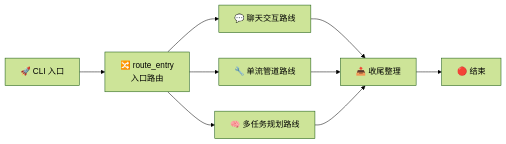
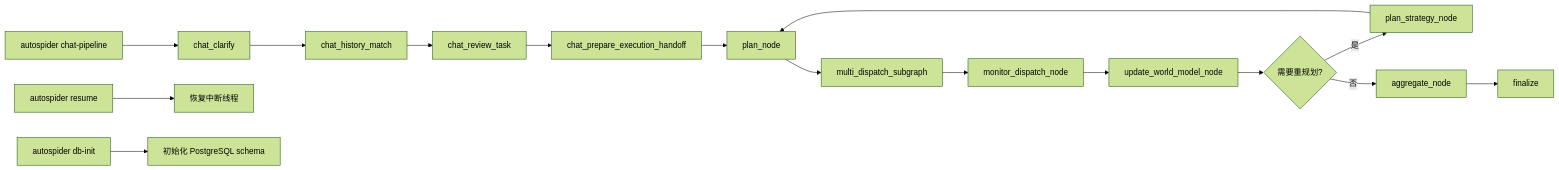
Before and after one commit to pinkllo/autospider: the diagram in README.md, drawn with Mermaid (forest theme). The commit also changed other lines of this file and 35 other files, not shown here.

Commit message:
feat: align human-centered grouped planning flow

````diff
--- a/README.md
+++ b/README.md
@@ -22,12 +23,18 @@
 ```mermaid
 graph LR
-  A["🚀 CLI 入口"] --> B["🔀 route_entry<br/>入口路由"]
-  B --> C["💬 聊天交互路线"]
-  B --> D["🔧 单流管道路线"]
-  B --> F["🧠 多任务规划路线"]
-
-  C --> G["📤 收尾整理"]
-  D --> G
-  F --> G
-  G --> H["🔴 结束"]
+  A["autospider chat-pipeline"] --> B["chat_clarify"]
+  B --> C["chat_history_match"]
+  C --> D["chat_review_task"]
+  D --> E["chat_prepare_execution_handoff"]
+  E --> F["plan_node"]
+  F --> G["multi_dispatch_subgraph"]
+  G --> H["monitor_dispatch_node"]
+  H --> I["update_world_model_node"]
+  I --> J{"需要重规划?"}
+  J -->|是| K["plan_strategy_node"]
+  K --> F
+  J -->|否| L["aggregate_node"]
+  L --> M["finalize"]
+  N["autospider resume"] --> O["恢复中断线程"]
+  P["autospider db-init"] --> Q["初始化 PostgreSQL schema"]
 ```
````
